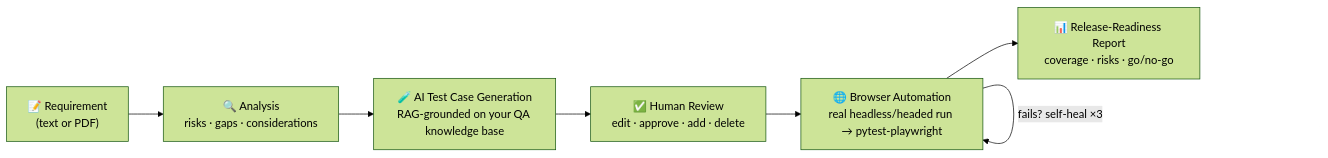
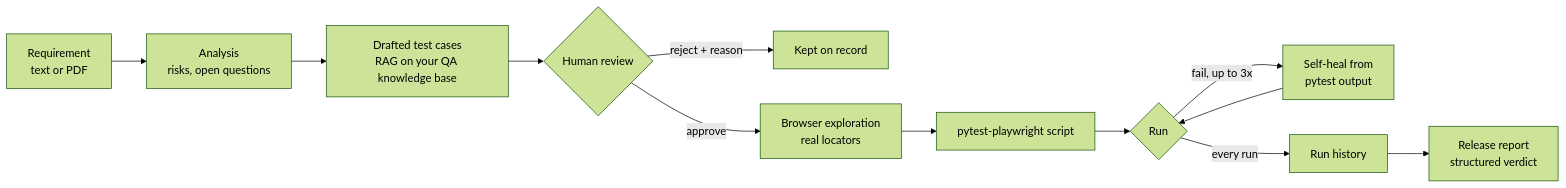
Before and after one commit to Adnaan1806/AI-QA-Copilot: the diagram in README.md, drawn with Mermaid (forest theme). The commit also changed other lines of this file and 15 other files, not shown here.

````diff
--- a/README.md
+++ b/README.md
@@ -28,9 +145,13 @@
 ```mermaid
 flowchart LR
-    A["📝 Requirement<br/>(text or PDF)"] --> B["🔍 Analysis<br/>risks · gaps · considerations"]
-    B --> C["🧪 AI Test Case Generation<br/>RAG-grounded on your QA knowledge base"]
-    C --> D["✅ Human Review<br/>edit · approve · add · delete"]
-    D --> E["🌐 Browser Automation<br/>real headless/headed run → pytest-playwright"]
-    E -->|"fails? self-heal ×3"| E
-    E --> F["📊 Release-Readiness Report<br/>coverage · risks · go/no-go"]
+    A["Requirement<br/>text or PDF"] --> B["Analysis<br/>risks, open questions"]
+    B --> C["Drafted test cases<br/>RAG on your QA knowledge base"]
+    C --> D{"Human review"}
+    D -->|reject + reason| R["Kept on record"]
+    D -->|approve| E["Browser exploration<br/>real locators"]
+    E --> F["pytest-playwright script"]
+    F --> G{"Run"}
+    G -->|fail, up to 3x| H["Self-heal from<br/>pytest output"] --> G
+    G -->|every run| I["Run history"]
+    I --> J["Release report<br/>structured verdict"]
 ```
````
